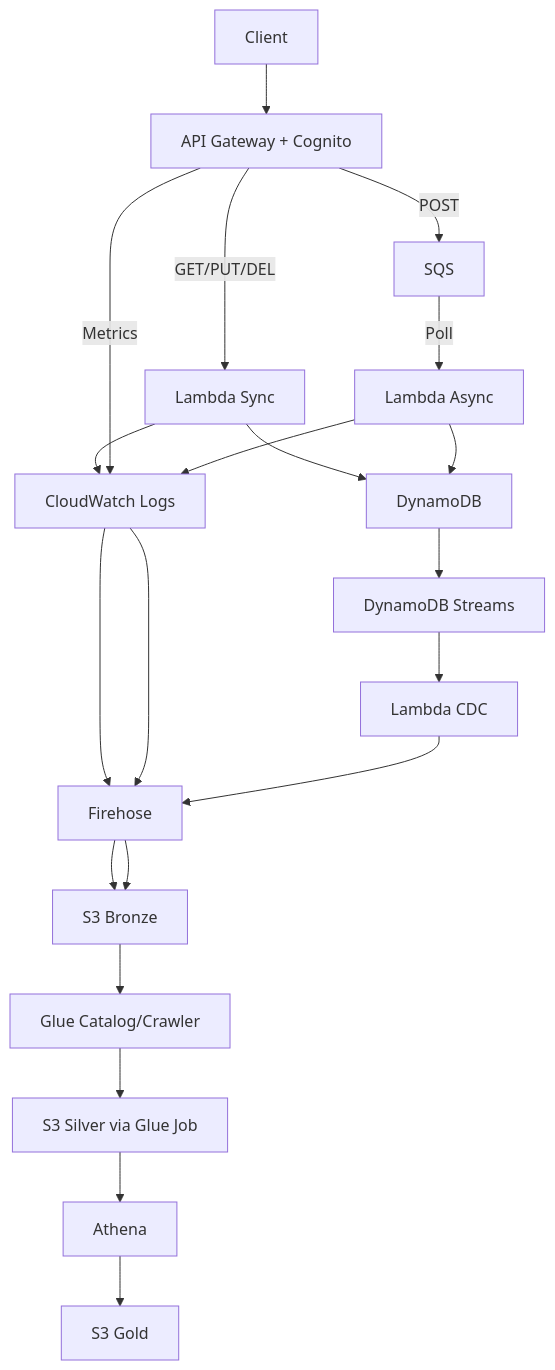
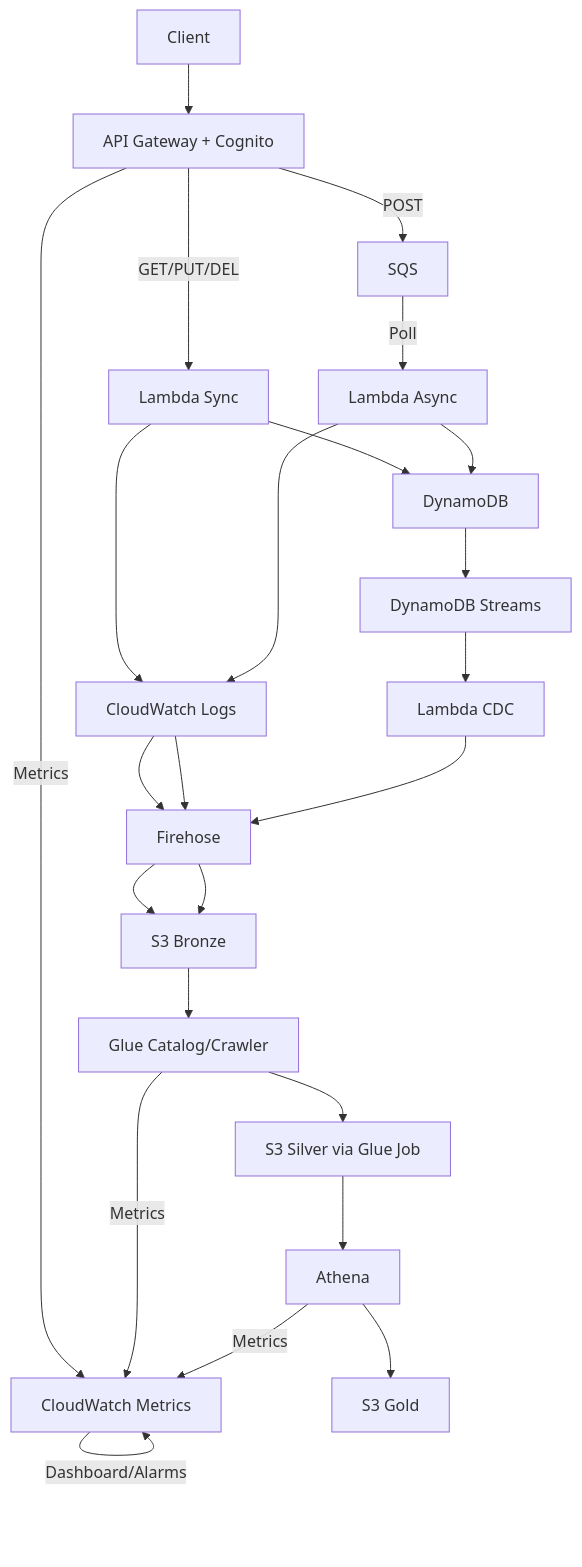
One commit to CoreosG/todo-api-with-insights changed the diagram in docs/adrs/000-architecture-overview.md. Above: the diagram before and after it, drawn with Mermaid. The commit also changed 2 other files, not shown here.

Commit message:
docs(prompt,adr): modifiy structure for prompts, update diagram refference on adr-000

````diff
--- a/docs/adrs/000-architecture-overview.md
+++ b/docs/adrs/000-architecture-overview.md
@@ -267,23 +267,26 @@
 ```mermaid
 graph TD
-    Client --> AG[API Gateway + Cognito]
-    AG -->|POST| SQS
-    AG -->|GET/PUT/DEL| L1[Lambda Sync]
-    L1 --> CW[CloudWatch Logs]
-    CW --> FH[Firehose]
-    FH --> S3B[S3 Bronze]
-    L1 --> DDB[DynamoDB]
-    AG -->|Metrics| CW
-    SQS -->|Poll| L2[Lambda Async]
-    L2 --> CW
-    CW --> FH
-    L2 --> DDB
-    DDB --> DS[DynamoDB Streams]
-    DS --> L3[Lambda CDC]
-    L3 --> FH
-    FH --> S3B
-    S3B --> GC[Glue Catalog/Crawler]
-    GC --> GS[S3 Silver via Glue Job]
-    GS --> A[Athena]
-    A --> GG[S3 Gold]
+           Client --> AG[API Gateway + Cognito]
+           AG -->|POST| SQS
+           AG -->|GET/PUT/DEL| L1[Lambda Sync]
+           L1 --> CW[CloudWatch Logs]
+           CW --> FH[Firehose]
+           FH --> S3B[S3 Bronze]
+           L1 --> DDB[DynamoDB]
+           AG -->|Metrics| CWM[CloudWatch Metrics]
+           SQS -->|Poll| L2[Lambda Async]
+           L2 --> CW
+           CW --> FH
+           L2 --> DDB
+           DDB --> DS[DynamoDB Streams]
+           DS --> L3[Lambda CDC]
+           L3 --> FH
+           FH --> S3B
+           S3B --> GC[Glue Catalog/Crawler]
+           GC --> |Metrics|CWM
+           GC --> GS[S3 Silver via Glue Job]
+           GS --> A
+           A[Athena] -->|Metrics| CWM
+           A --> GG[S3 Gold]
+           CWM -->|Dashboard/Alarms| CWM 
 ```
````
